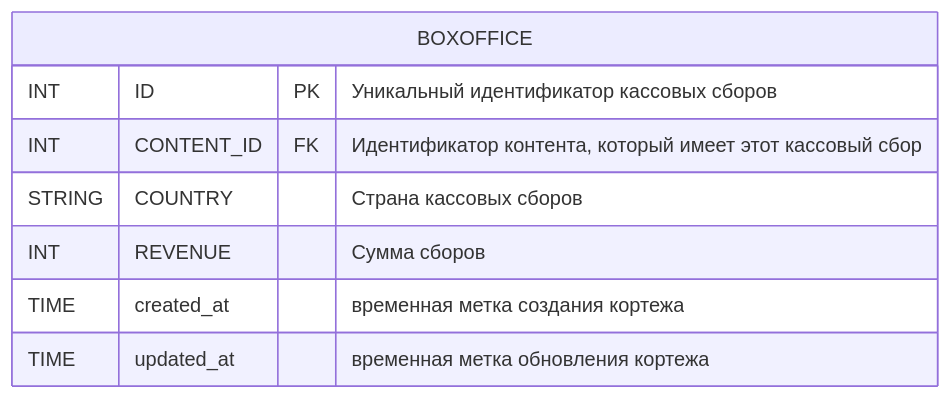
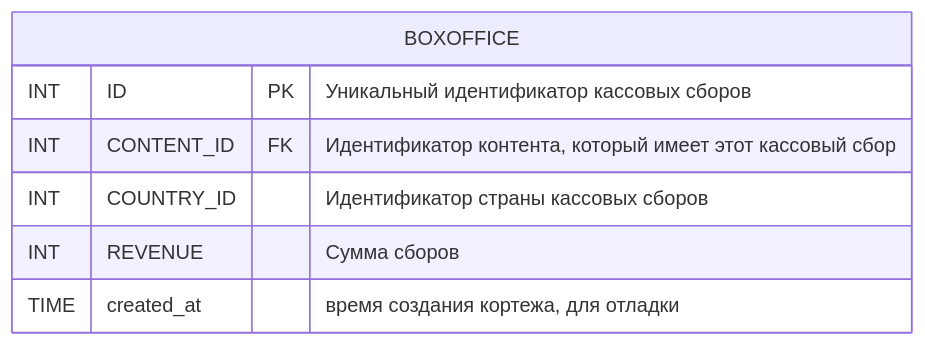
The third of 25 diagrams in db/normalized/relations.md (go-park-mail-ru/2024_1_Cyberkotletki), drawn with Mermaid before and after one commit. The commit also changed other lines of this file and 2 other files, not shown here.

````diff
--- a/db/normalized/relations.md
+++ b/db/normalized/relations.md
@@ -49,11 +70,10 @@
 ```mermaid
 erDiagram
     BOXOFFICE {
         INT ID PK "Уникальный идентификатор кассовых сборов"
         INT CONTENT_ID FK "Идентификатор контента, который имеет этот кассовый сбор"
-        STRING COUNTRY "Страна кассовых сборов"
+        INT COUNTRY_ID "Идентификатор страны кассовых сборов"
         INT REVENUE "Сумма сборов"
-        TIME created_at "временная метка создания кортежа"
-        TIME updated_at "временная метка обновления кортежа"
+        TIME created_at "время создания кортежа, для отладки"
     }
 ```
````
